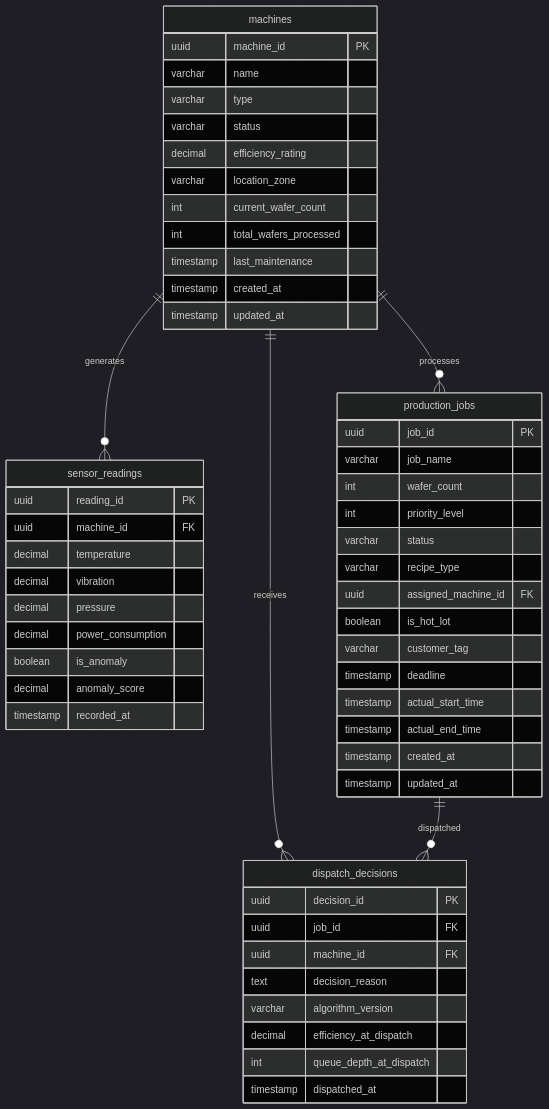
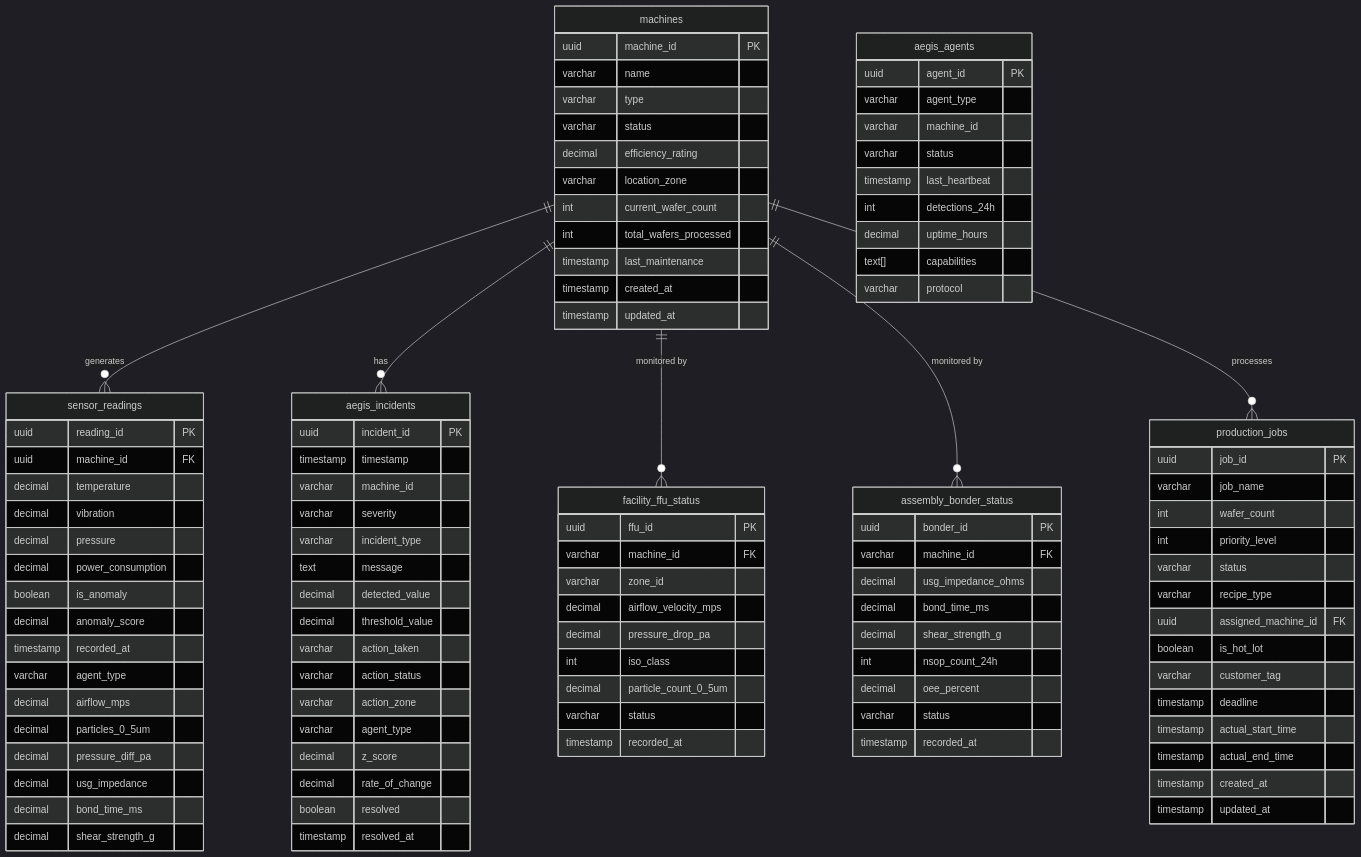
One commit to AngelP17/YieldOps changed the fifth of 20 diagrams in Architecture.md. Above: the diagram before and after it, drawn with Mermaid (dark theme). The commit also changed other lines of this file and 5 other files, not shown here.

````diff
--- a/Architecture.md
+++ b/Architecture.md
@@ -403,6 +473,13 @@
         boolean is_anomaly
         decimal anomaly_score
         timestamp recorded_at
+        varchar agent_type
+        decimal airflow_mps
+        decimal particles_0_5um
+        decimal pressure_diff_pa
+        decimal usg_impedance
+        decimal bond_time_ms
+        decimal shear_strength_g
     }
     
     production_jobs {
@@ -422,19 +499,64 @@
         timestamp updated_at
     }
     
-    dispatch_decisions {
-        uuid decision_id PK
-        uuid job_id FK
-        uuid machine_id FK
-        text decision_reason
-        varchar algorithm_version
-        decimal efficiency_at_dispatch
-        int queue_depth_at_dispatch
-        timestamp dispatched_at
+    aegis_incidents {
+        uuid incident_id PK
+        timestamp timestamp
+        varchar machine_id
+        varchar severity
+        varchar incident_type
+        text message
+        decimal detected_value
+        decimal threshold_value
+        varchar action_taken
+        varchar action_status
+        varchar action_zone
+        varchar agent_type
+        decimal z_score
+        decimal rate_of_change
+        boolean resolved
+        timestamp resolved_at
+    }
+    
+    aegis_agents {
+        uuid agent_id PK
+        varchar agent_type
+        varchar machine_id
+        varchar status
+        timestamp last_heartbeat
+        int detections_24h
+        decimal uptime_hours
+        text[] capabilities
+        varchar protocol
+    }
+    
+    facility_ffu_status {
+        uuid ffu_id PK
+        varchar machine_id FK
+        varchar zone_id
+        decimal airflow_velocity_mps
+        decimal pressure_drop_pa
+        int iso_class
+        decimal particle_count_0_5um
+        varchar status
+        timestamp recorded_at
+    }
+    
+    assembly_bonder_status {
+        uuid bonder_id PK
+        varchar machine_id FK
+        decimal usg_impedance_ohms
+        decimal bond_time_ms
+        decimal shear_strength_g
+        int nsop_count_24h
+        decimal oee_percent
+        varchar status
+        timestamp recorded_at
     }
     
     machines ||--o{ sensor_readings : "generates"
-    machines ||--o{ dispatch_decisions : "receives"
-    production_jobs ||--o{ dispatch_decisions : "dispatched"
+    machines ||--o{ aegis_incidents : "has"
+    machines ||--o{ facility_ffu_status : "monitored by"
+    machines ||--o{ assembly_bonder_status : "monitored by"
     machines ||--o{ production_jobs : "processes"
 ```
````
